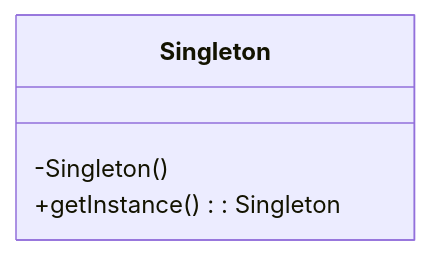
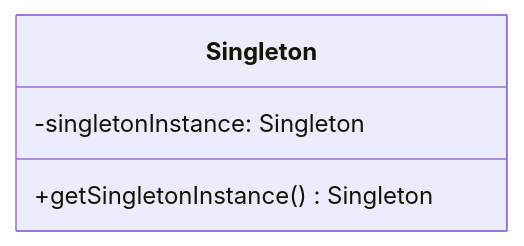
One commit to InfiniteAstral/notes changed the first of 11 diagrams in 计算机科学/面向对象设计与Java编程/9 设计模式/9-1 设计模式概述.md. Above: the diagram before and after it, drawn with Mermaid. The commit also changed other lines of this file, not shown here.

Commit message:
feat: update mermaid class diagram 计算机科学/面向对象设计与Java编程/9 设计模式/9-1 设计模式概述.md

````diff
--- a/计算机科学/面向对象设计与Java编程/9 设计模式/9-1 设计模式概述.md
+++ b/计算机科学/面向对象设计与Java编程/9 设计模式/9-1 设计模式概述.md
@@ -26,7 +26,7 @@
 ```mermaid
 classDiagram
-    class Singleton {
-        -Singleton()
-        +getInstance(): Singleton
-    }
+  class Singleton {
+    -singletonInstance: Singleton
+    +getSingletonInstance() Singleton
+  }
 ```
````
